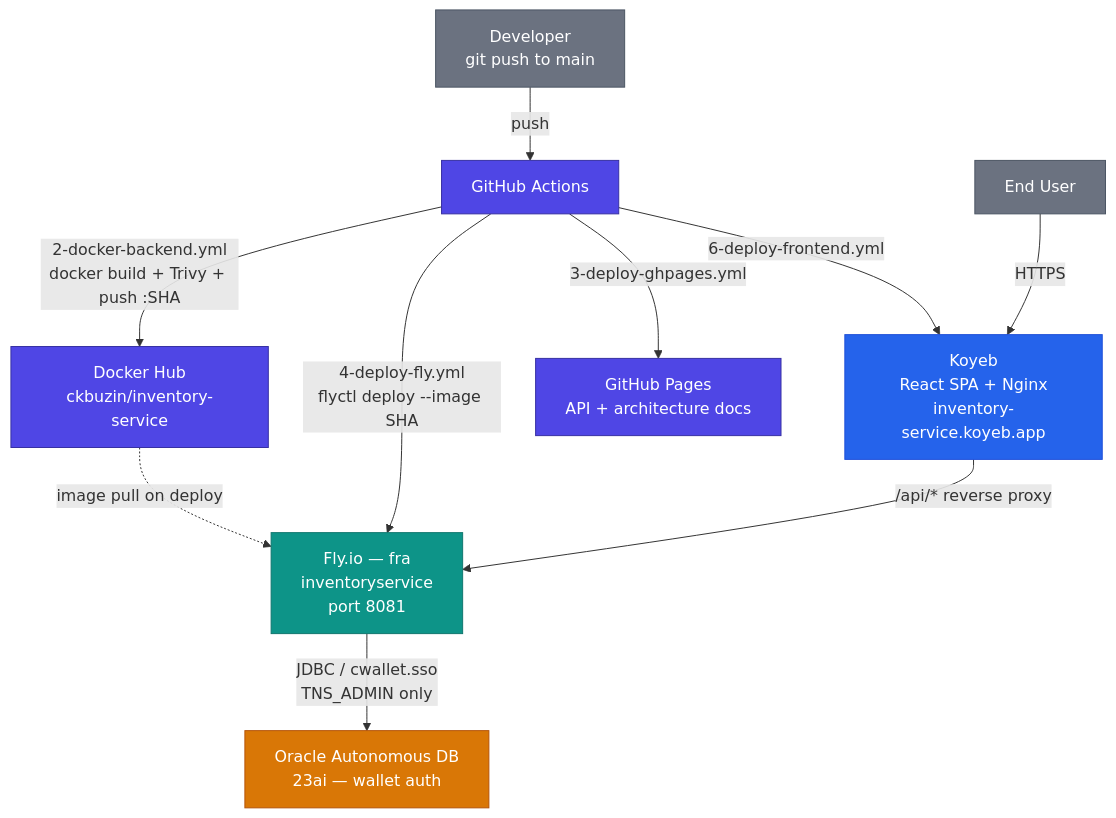
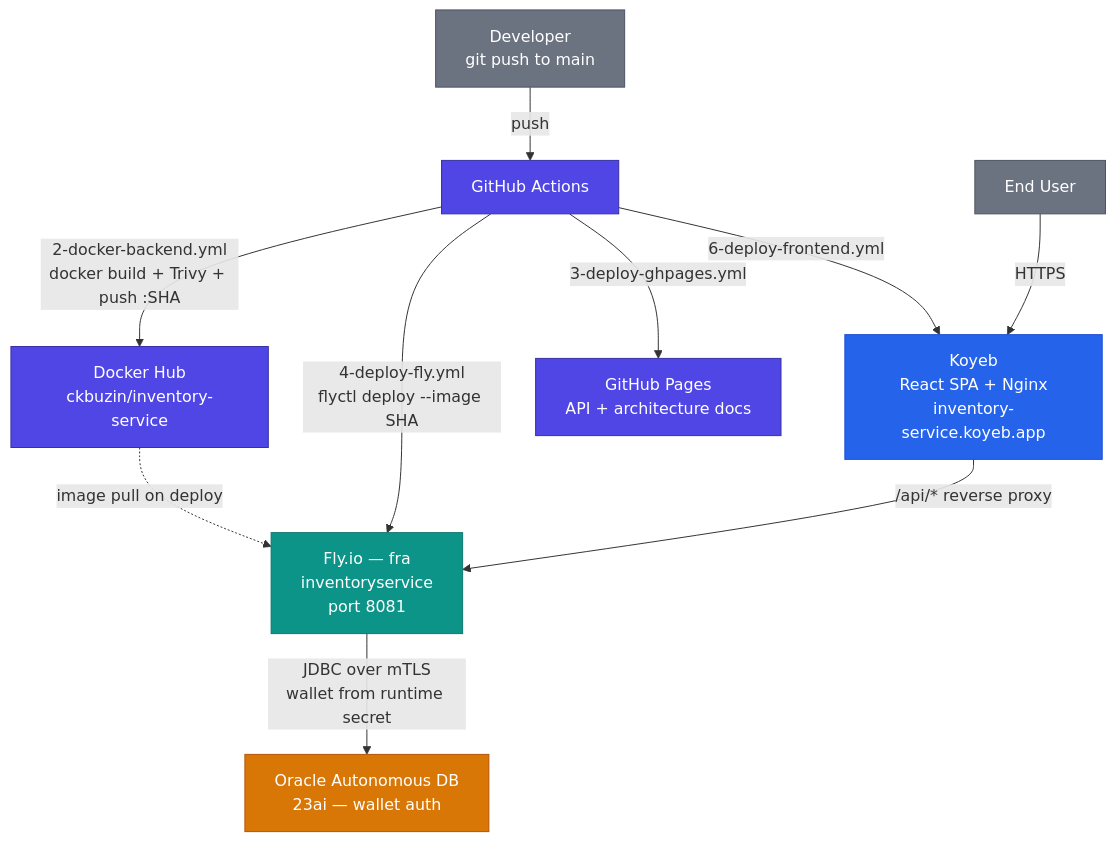
One commit to Keglev/inventory-service changed the first of 2 diagrams in docs/backend/architecture/07-deployment.md. Above: the diagram before and after it, drawn with Mermaid. The commit also changed other lines of this file and 11 other files, not shown here.

````diff
--- a/docs/backend/architecture/07-deployment.md
+++ b/docs/backend/architecture/07-deployment.md
@@ -21,27 +22,27 @@
 ```mermaid
 graph TB
     Dev["Developer\ngit push to main"]:::actor
     GHA["GitHub Actions"]:::external
     DH["Docker Hub\nckbuzin/inventory-service"]:::external
     Fly["Fly.io — fra\ninventoryservice\nport 8081"]:::service
     OADB["Oracle Autonomous DB\n23ai — wallet auth"]:::repository
     Koyeb["Koyeb\nReact SPA + Nginx\ninventory-service.koyeb.app"]:::controller
     GHP["GitHub Pages\nAPI + architecture docs"]:::external
     User["End User"]:::actor
 
     Dev -->|push| GHA
     GHA -->|2-docker-backend.yml\ndocker build + Trivy + push :SHA| DH
     DH -.->|image pull on deploy| Fly
     GHA -->|4-deploy-fly.yml\nflyctl deploy --image SHA| Fly
     GHA -->|6-deploy-frontend.yml| Koyeb
     GHA -->|3-deploy-ghpages.yml| GHP
-    Fly -->|JDBC / cwallet.sso\nTNS_ADMIN only| OADB
+    Fly -->|"JDBC over mTLS\nwallet from runtime secret"| OADB
     User -->|HTTPS| Koyeb
     Koyeb -->|/api/* reverse proxy| Fly
 
     classDef actor      fill:#6b7280,color:#fff,stroke:#4b5563;
     classDef controller fill:#2563eb,color:#fff,stroke:#1d4ed8;
     classDef service    fill:#0d9488,color:#fff,stroke:#0f766e;
     classDef repository fill:#d97706,color:#fff,stroke:#b45309;
     classDef external   fill:#4f46e5,color:#fff,stroke:#3730a3;
 ```
````
